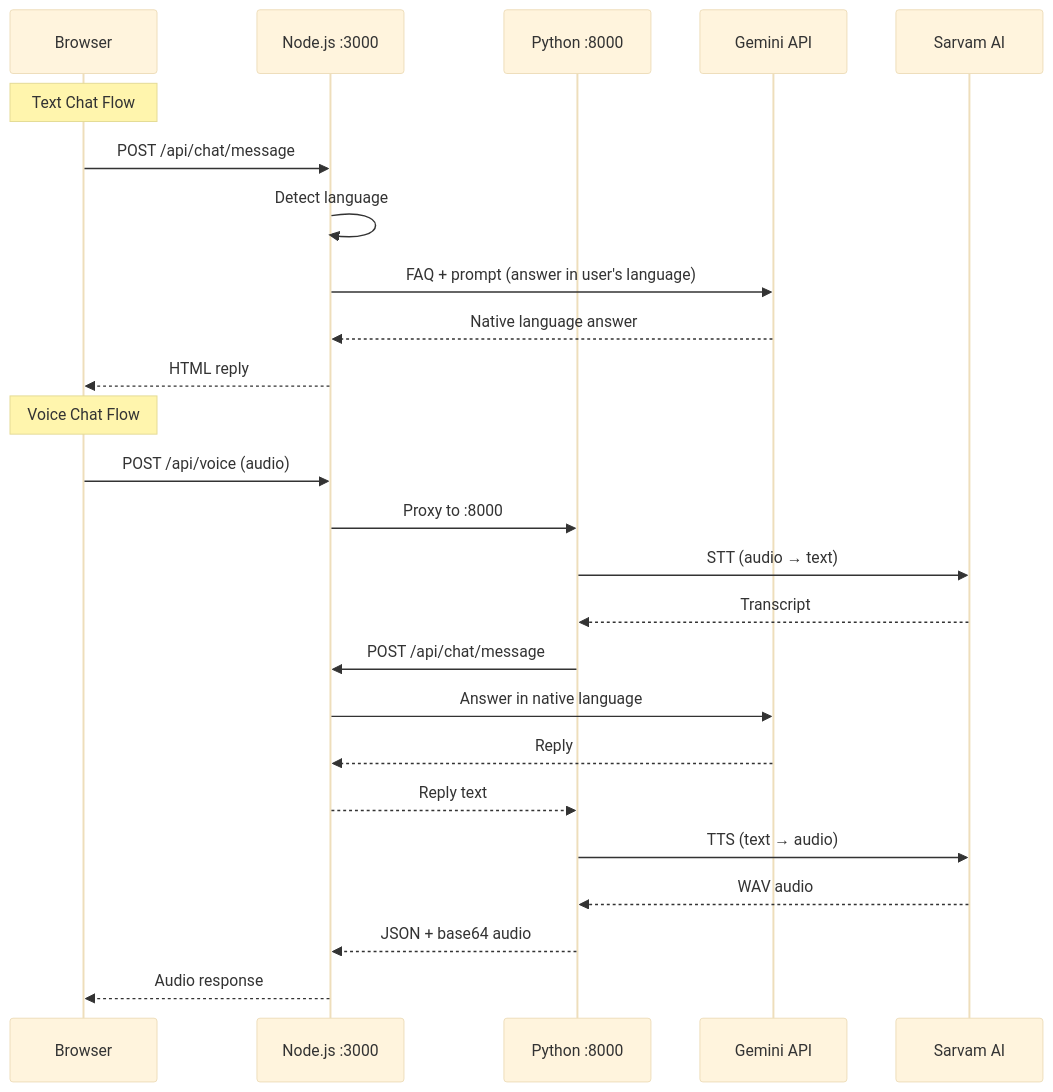
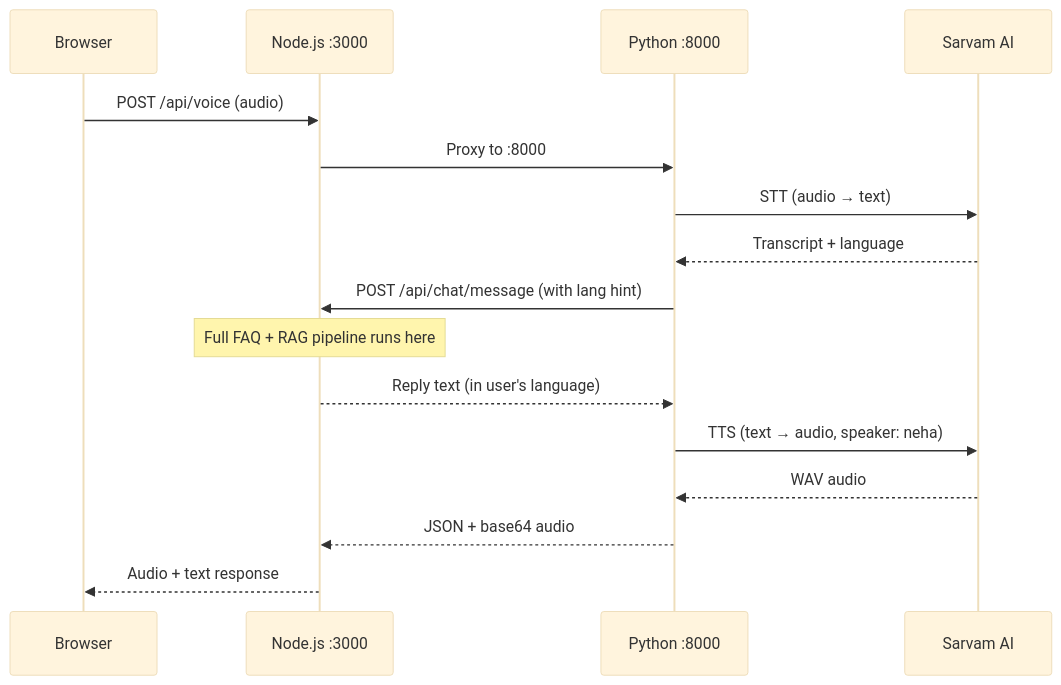
The third of 3 diagrams in project_structure_explained.md (Jinx2862/CHATBOT), drawn with Mermaid (base theme) before and after one commit. The commit also changed other lines of this file and 1 other file, not shown here.

Commit message:
docs: update project documentation to reflect RAG fallback implementation

````diff
--- a/project_structure_explained.md
+++ b/project_structure_explained.md
@@ -409,29 +450,19 @@
 ```mermaid
 sequenceDiagram
     participant User as Browser
     participant Node as Node.js :3000
     participant Python as Python :8000
-    participant Gemini as Gemini API
     participant Sarvam as Sarvam AI
 
-    Note over User: Text Chat Flow
-    User->>Node: POST /api/chat/message
-    Node->>Node: Detect language
-    Node->>Gemini: FAQ + prompt (answer in user's language)
-    Gemini-->>Node: Native language answer
-    Node-->>User: HTML reply
-
-    Note over User: Voice Chat Flow
     User->>Node: POST /api/voice (audio)
     Node->>Python: Proxy to :8000
     Python->>Sarvam: STT (audio → text)
-    Sarvam-->>Python: Transcript
-    Python->>Node: POST /api/chat/message
-    Node->>Gemini: Answer in native language
-    Gemini-->>Node: Reply
-    Node-->>Python: Reply text
-    Python->>Sarvam: TTS (text → audio)
+    Sarvam-->>Python: Transcript + language
+    Python->>Node: POST /api/chat/message (with lang hint)
+    Note over Node: Full FAQ + RAG pipeline runs here
+    Node-->>Python: Reply text (in user's language)
+    Python->>Sarvam: TTS (text → audio, speaker: neha)
     Sarvam-->>Python: WAV audio
     Python-->>Node: JSON + base64 audio
-    Node-->>User: Audio response
+    Node-->>User: Audio + text response
 ```
````
